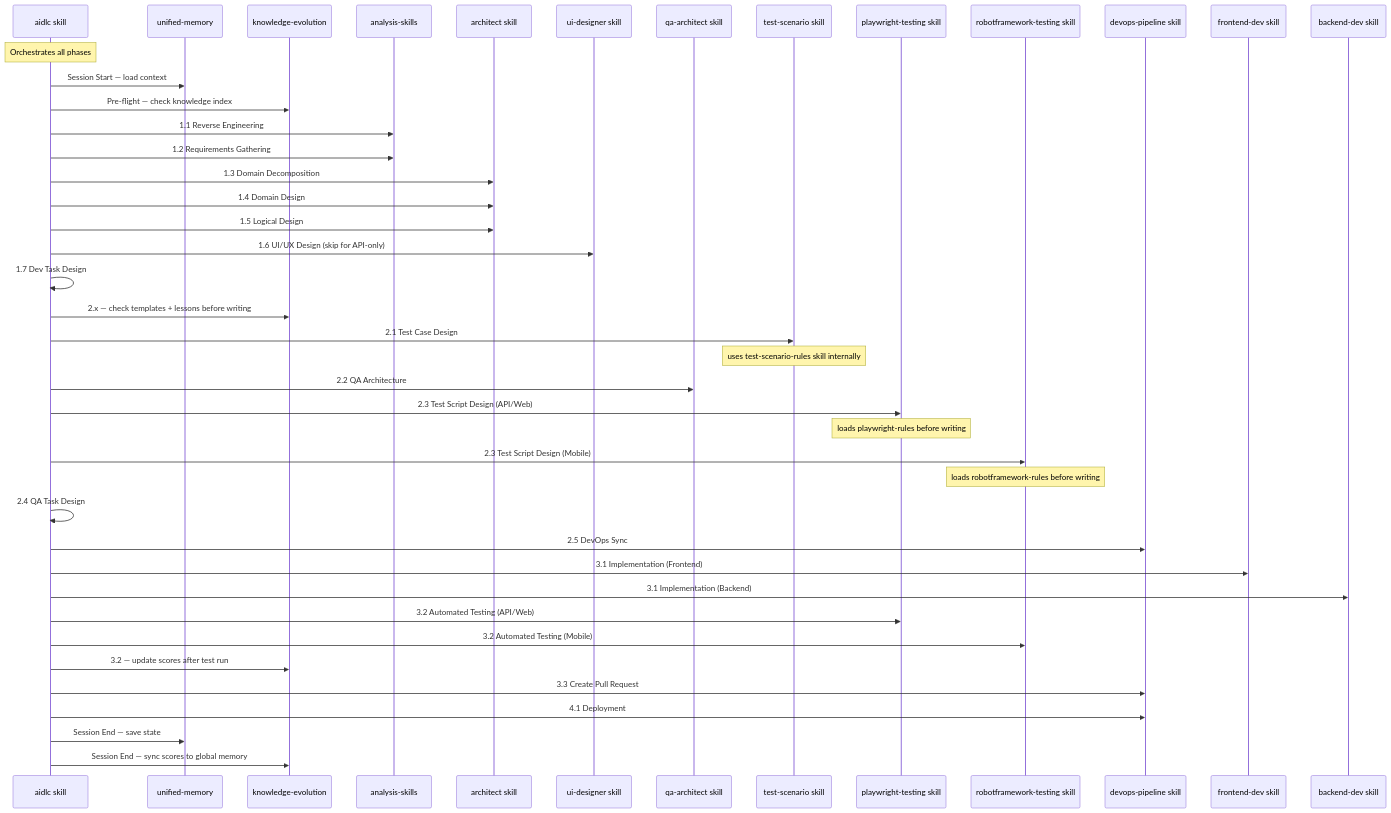
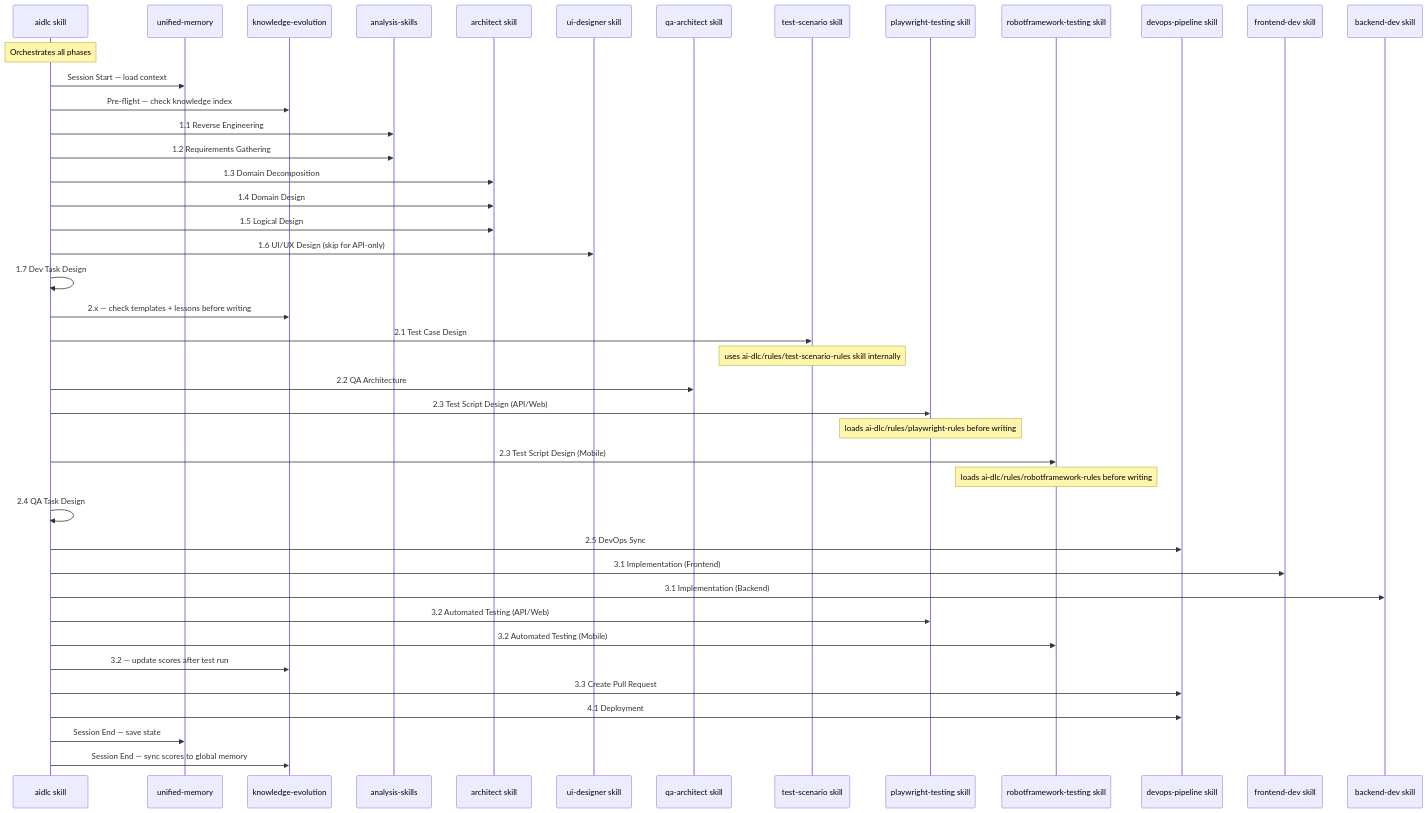
Before and after one commit to Vit129/skills: the fourth of 4 diagrams in skills/doc/aidlc/aidlc-swimlane.md, drawn with Mermaid. The commit also changed 46 other files, not shown here.

First line of the commit message:
refactor: extract rules skills into ai-dlc/rules/ folder

````diff
--- a/skills/doc/aidlc/aidlc-swimlane.md
+++ b/skills/doc/aidlc/aidlc-swimlane.md
@@ -186,51 +186,51 @@
 ```mermaid
 sequenceDiagram
     participant AIDLC as aidlc skill
     participant Mem as unified-memory
     participant Know as knowledge-evolution
     participant Analysis as analysis-skills
     participant Architect as architect skill
     participant UIDesigner as ui-designer skill
     participant QAArch as qa-architect skill
     participant TestScen as test-scenario skill
     participant PW as playwright-testing skill
     participant RF as robotframework-testing skill
     participant DevOps as devops-pipeline skill
     participant FE as frontend-dev skill
     participant BE as backend-dev skill
 
     Note over AIDLC: Orchestrates all phases
 
     AIDLC->>Mem: Session Start — load context
     AIDLC->>Know: Pre-flight — check knowledge index
 
     AIDLC->>Analysis: 1.1 Reverse Engineering
     AIDLC->>Analysis: 1.2 Requirements Gathering
     AIDLC->>Architect: 1.3 Domain Decomposition
     AIDLC->>Architect: 1.4 Domain Design
     AIDLC->>Architect: 1.5 Logical Design
     AIDLC->>UIDesigner: 1.6 UI/UX Design (skip for API-only)
     AIDLC->>AIDLC: 1.7 Dev Task Design
 
     AIDLC->>Know: 2.x — check templates + lessons before writing
     AIDLC->>TestScen: 2.1 Test Case Design
-    Note over TestScen: uses test-scenario-rules skill internally
+    Note over TestScen: uses ai-dlc/rules/test-scenario-rules skill internally
     AIDLC->>QAArch: 2.2 QA Architecture
     AIDLC->>PW: 2.3 Test Script Design (API/Web)
-    Note over PW: loads playwright-rules before writing
+    Note over PW: loads ai-dlc/rules/playwright-rules before writing
     AIDLC->>RF: 2.3 Test Script Design (Mobile)
-    Note over RF: loads robotframework-rules before writing
+    Note over RF: loads ai-dlc/rules/robotframework-rules before writing
     AIDLC->>AIDLC: 2.4 QA Task Design
     AIDLC->>DevOps: 2.5 DevOps Sync
 
     AIDLC->>FE: 3.1 Implementation (Frontend)
     AIDLC->>BE: 3.1 Implementation (Backend)
     AIDLC->>PW: 3.2 Automated Testing (API/Web)
     AIDLC->>RF: 3.2 Automated Testing (Mobile)
     AIDLC->>Know: 3.2 — update scores after test run
     AIDLC->>DevOps: 3.3 Create Pull Request
     AIDLC->>DevOps: 4.1 Deployment
 
     AIDLC->>Mem: Session End — save state
     AIDLC->>Know: Session End — sync scores to global memory
 ```
````
